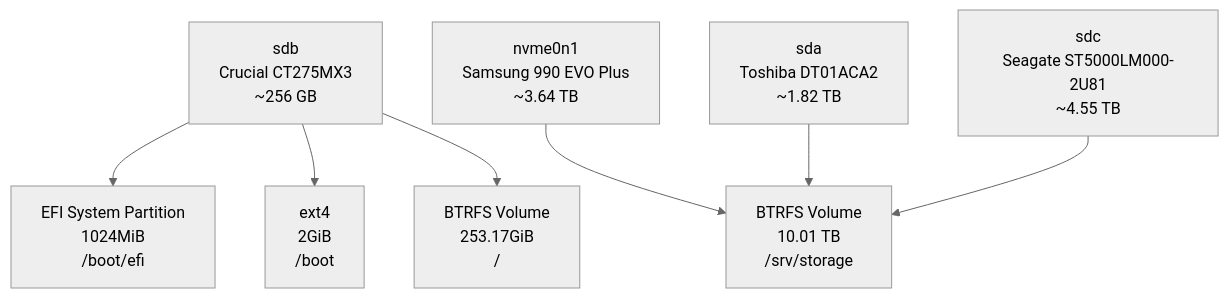
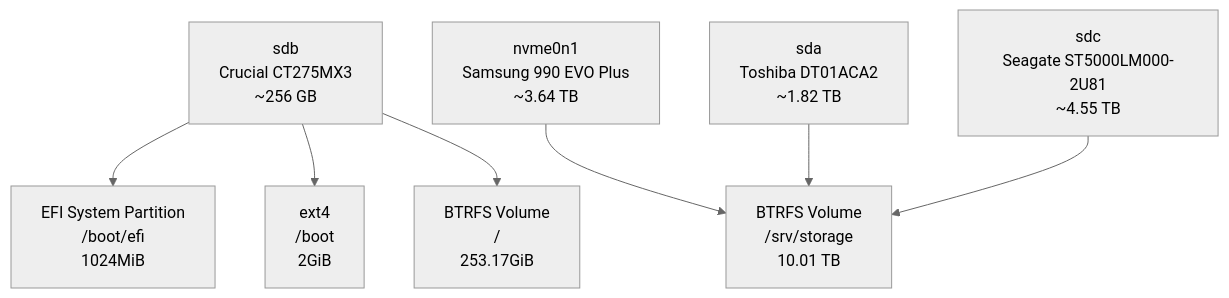
One commit to csmith2001/smith-docs changed the first of 2 diagrams in docs/infrastructure/domain-controllers/dc01-storage.md. Above: the diagram before and after it, drawn with Mermaid (neutral theme). The commit also changed other lines of this file and 23 other files, not shown here.

````diff
--- a/docs/infrastructure/domain-controllers/dc01-storage.md
+++ b/docs/infrastructure/domain-controllers/dc01-storage.md
@@ -3,16 +3,16 @@
 ```mermaid
 flowchart TD
 
     SSD["sdb<br>Crucial CT275MX3<br>~256 GB"]
-    SSD --> EFI["EFI System Partition<br>1024MiB<br>/boot/efi"]
-    SSD --> BOOT["ext4<br>2GiB<br>/boot"]
-    SSD --> ROOT["BTRFS Volume<br>253.17GiB<br>/"]
+    SSD --> EFI["EFI System Partition<br>/boot/efi<br>1024MiB"]
+    SSD --> BOOT["ext4<br>/boot<br>2GiB"]
+    SSD --> ROOT["BTRFS Volume<br>/<br>253.17GiB"]
 
     HDD1["sda<br>Toshiba DT01ACA2<br>~1.82 TB"]
     HDD2["sdc<br>Seagate ST5000LM000-2U81<br>~4.55 TB"]
 
     NVME["nvme0n1<br>Samsung 990 EVO Plus<br>~3.64 TB"]
-    NVME --> POOL["BTRFS Volume<br>10.01 TB<br>/srv/storage"]
+    NVME --> POOL["BTRFS Volume<br>/srv/storage<br>10.01 TB"]
     HDD1 --> POOL
     HDD2 --> POOL
 ```
````
